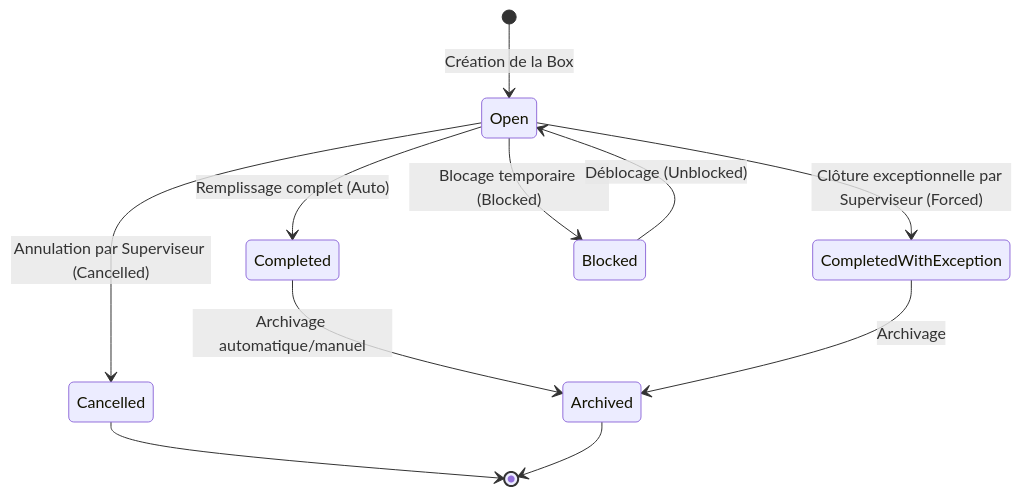
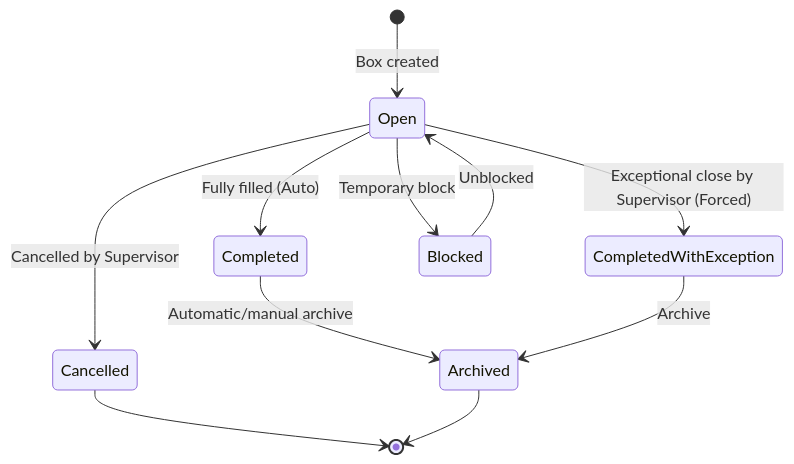
The diagram in AGENT.md (MEHDImp4/Motherson-Box-Management), drawn with Mermaid before and after one commit. The commit also changed other lines of this file and 18 other files, not shown here.

````diff
--- a/AGENT.md
+++ b/AGENT.md
@@ -88,13 +89,13 @@
 ```mermaid
 stateDiagram-v2
-    [*] --> Open : Création de la Box
-    Open --> Completed : Remplissage complet (Auto)
-    Open --> CompletedWithException : Clôture exceptionnelle par Superviseur (Forced)
-    Open --> Cancelled : Annulation par Superviseur (Cancelled)
-    Open --> Blocked : Blocage temporaire (Blocked)
-    Blocked --> Open : Déblocage (Unblocked)
-    Completed --> Archived : Archivage automatique/manuel
-    CompletedWithException --> Archived : Archivage
+    [*] --> Open : Box created
+    Open --> Completed : Fully filled (Auto)
+    Open --> CompletedWithException : Exceptional close by Supervisor (Forced)
+    Open --> Cancelled : Cancelled by Supervisor
+    Open --> Blocked : Temporary block
+    Blocked --> Open : Unblocked
+    Completed --> Archived : Automatic/manual archive
+    CompletedWithException --> Archived : Archive
     Cancelled --> [*]
     Archived --> [*]
 ```
````
